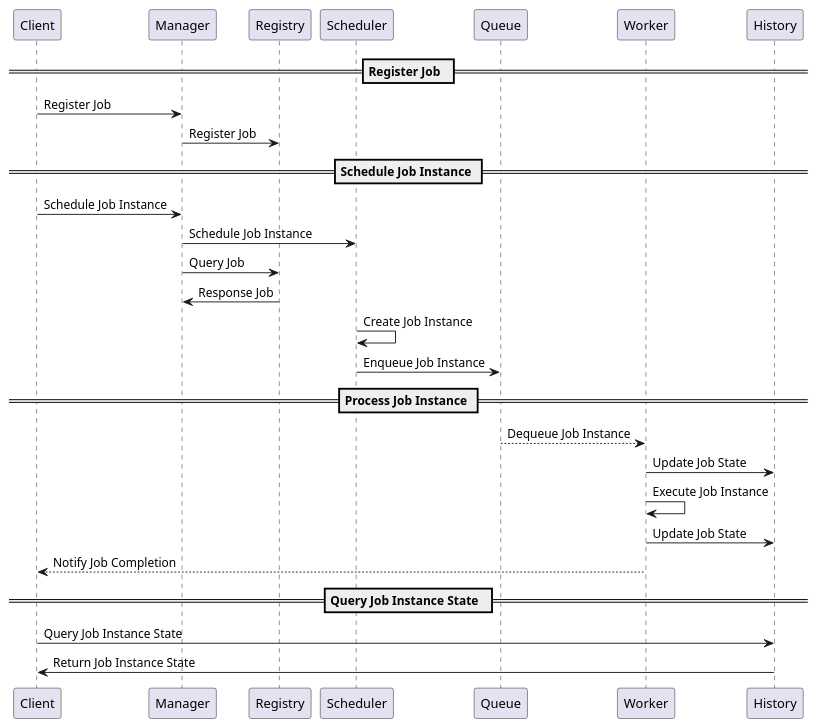
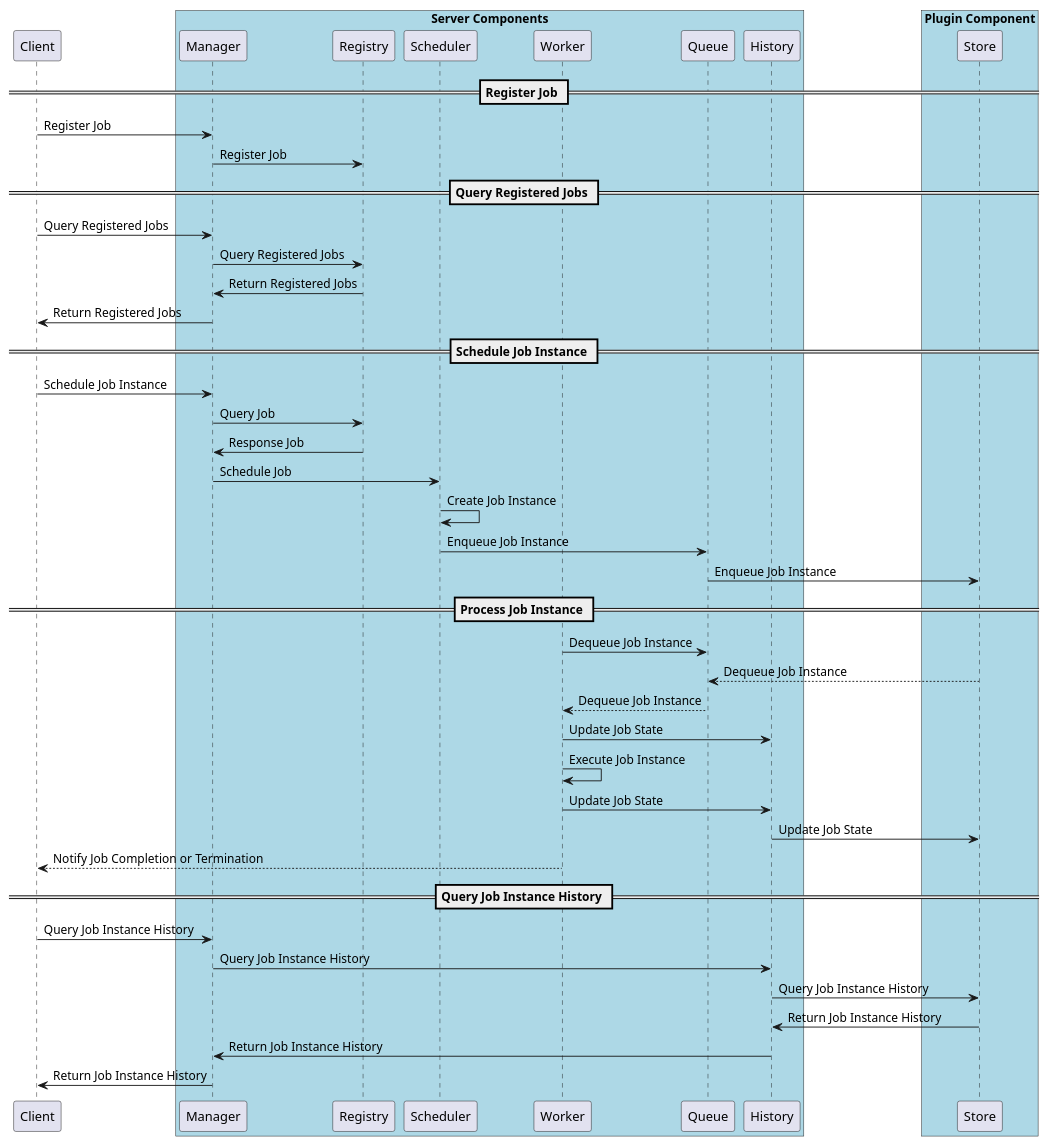
Before and after one commit to cybergarage/go-job: the diagram in doc/img/job-seqdgm.pu, drawn with PlantUML. The commit also changed 1 other file, not shown here.

```diff
--- a/doc/img/job-seqdgm.pu
+++ b/doc/img/job-seqdgm.pu
@@ -1,30 +1,60 @@
 @startuml
 
-== Register Job  ==
+participant Client
+
+box "Server Components" #LightBlue
+    participant Manager
+    participant Registry
+    participant Scheduler
+    participant Worker
+    participant Queue
+    participant History
+end box
+
+box "Plugin Component" #LightBlue
+    participant Store
+end box
+
+== Register Job ==
 
 Client -> Manager : Register Job
 Manager -> Registry : Register Job
 
+== Query Registered Jobs ==
+
+Client -> Manager : Query Registered Jobs
+Manager -> Registry : Query Registered Jobs
+Registry -> Manager : Return Registered Jobs
+Manager -> Client : Return Registered Jobs
+
 == Schedule Job Instance ==
 
 Client -> Manager : Schedule Job Instance
-Manager -> Scheduler : Schedule Job Instance
 Manager -> Registry : Query Job
 Registry -> Manager : Response Job
+Manager -> Scheduler : Schedule Job
 Scheduler -> Scheduler : Create Job Instance
 Scheduler -> Queue : Enqueue Job Instance
+Queue -> Store : Enqueue Job Instance
 
 == Process Job Instance ==
 
+Worker -> Queue : Dequeue Job Instance
+Store --> Queue : Dequeue Job Instance
 Queue --> Worker : Dequeue Job Instance
 Worker -> History : Update Job State
 Worker -> Worker : Execute Job Instance
 Worker -> History : Update Job State
-Worker --> Client : Notify Job Completion
+History -> Store : Update Job State
+Worker --> Client : Notify Job Completion or Termination
 
-== Query Job Instance State  ==
+== Query Job Instance History ==
 
-Client -> History : Query Job Instance State
-History -> Client : Return Job Instance State
+Client -> Manager : Query Job Instance History
+Manager -> History : Query Job Instance History
+History -> Store : Query Job Instance History
+Store -> History : Return Job Instance History
+History -> Manager : Return Job Instance History
+Manager -> Client : Return Job Instance History
 
 @enduml
```
